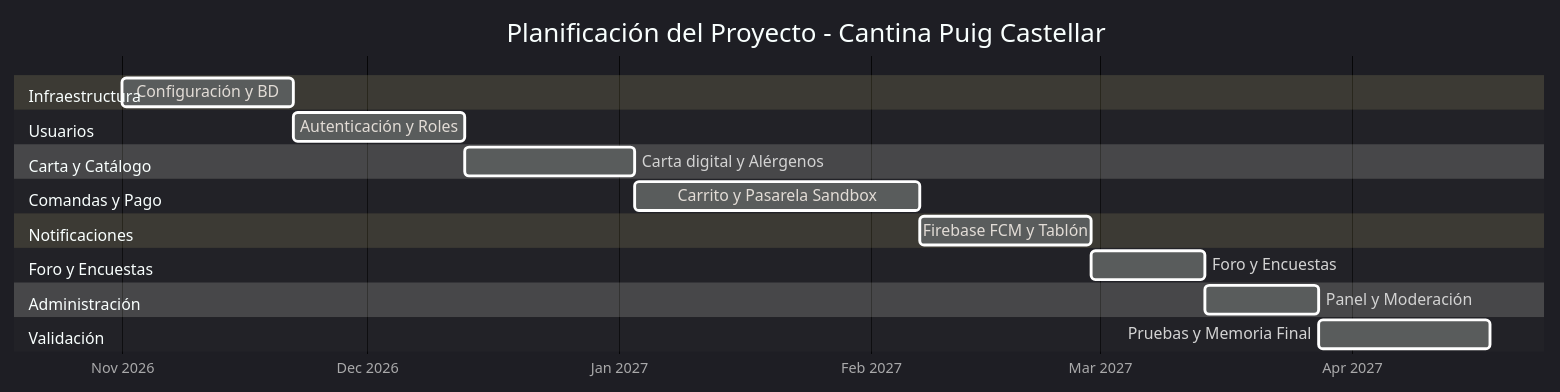
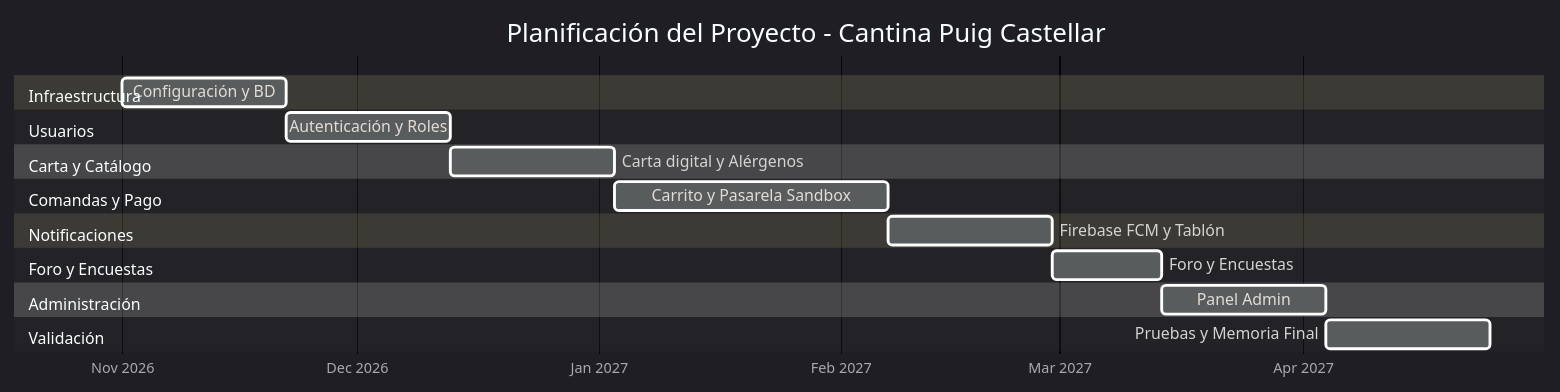
Before and after one commit to jmperez321/Cantinapp: the diagram in docs/gant.mmd, drawn with Mermaid.

Commit message:
fix: corregir texto desbordado en el diagrama de Gantt

```diff
--- a/docs/gant.mmd
+++ b/docs/gant.mmd
@@ -1,29 +1,29 @@
-%%{init: {'theme': 'dark'}}%%
+%%{init: {'theme': 'dark', 'gantt': {'fontSize': 11}}}%%
 gantt
     title Planificación del Proyecto - Cantina Puig Castellar
     dateFormat  YYYY-MM-DD
     axisFormat  %b %Y
 
     section Infraestructura
         Configuración y BD            :b1, 2026-11-01, 21d
 
     section Usuarios
         Autenticación y Roles         :b2, after b1, 21d
 
     section Carta y Catálogo
         Carta digital y Alérgenos     :b3, after b2, 21d
 
     section Comandas y Pago
         Carrito y Pasarela Sandbox    :b4, after b3, 35d
 
     section Notificaciones
         Firebase FCM y Tablón         :b5, after b4, 21d
 
     section Foro y Encuestas
         Foro y Encuestas              :b6, after b5, 14d
 
     section Administración
-        Panel y Moderación            :b7, after b6, 14d
+        Panel Admin                   :b7, after b6, 21d
 
     section Validación
         Pruebas y Memoria Final       :b8, after b7, 21d
```
